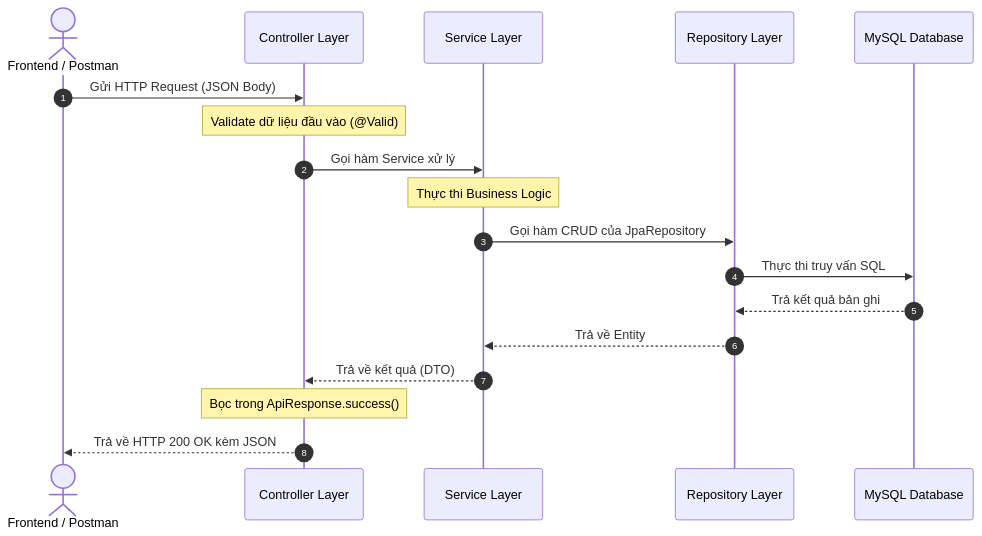
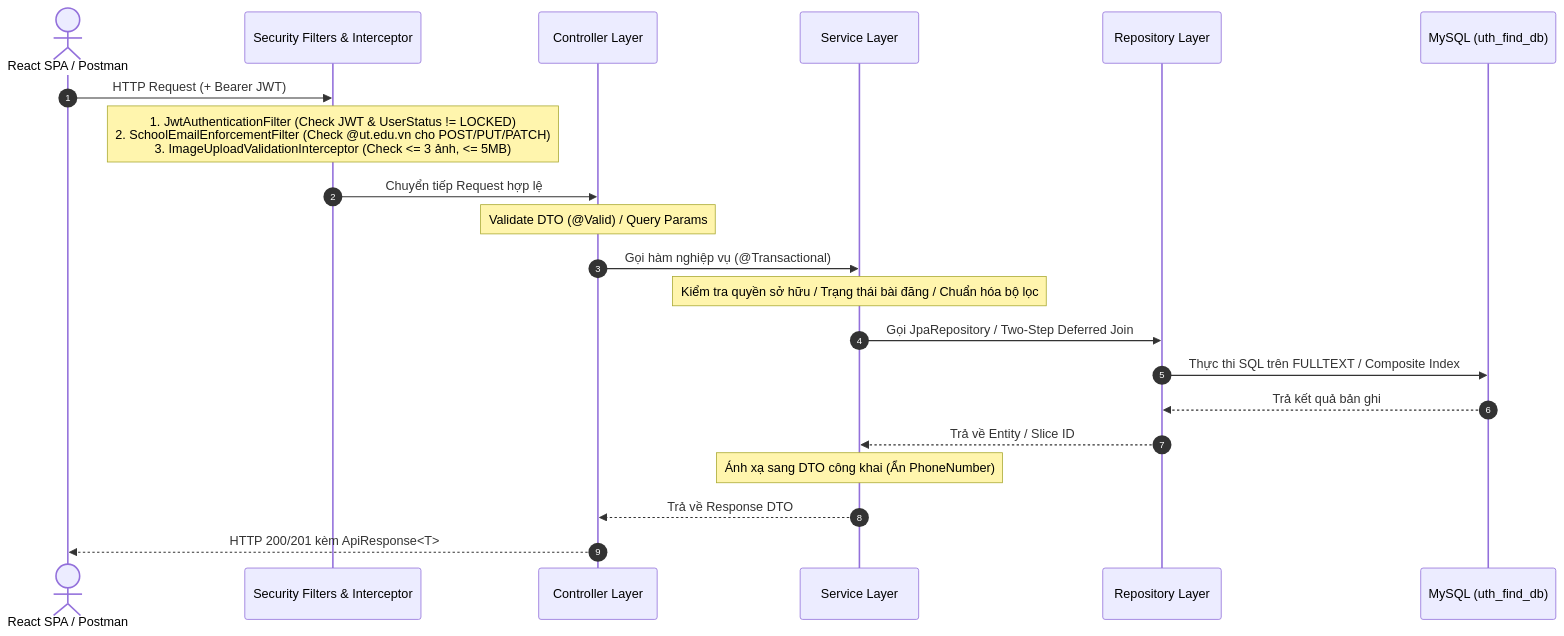
The diagram in README.md (Trung-Tuan/Capstone-Project-On-Software-Engineering-UTH), drawn with Mermaid before and after one commit. The commit also changed other lines of this file and 1 other file, not shown here.

````diff
--- a/README.md
+++ b/README.md
@@ -115,21 +198,24 @@
 ```mermaid
 sequenceDiagram
     autonumber
-    actor Client as Frontend / Postman
+    actor Client as React SPA / Postman
+    participant Sec as Security Filters & Interceptor
     participant C as Controller Layer
     participant S as Service Layer
     participant R as Repository Layer
-    participant DB as MySQL Database
+    participant DB as MySQL (uth_find_db)
 
-    Client->>C: Gửi HTTP Request (JSON Body)
-    Note over C: Validate dữ liệu đầu vào (@Valid)
-    C->>S: Gọi hàm Service xử lý
-    Note over S: Thực thi Business Logic
-    S->>R: Gọi hàm CRUD của JpaRepository
-    R->>DB: Thực thi truy vấn SQL
+    Client->>Sec: HTTP Request (+ Bearer JWT)
+    Note over Sec: 1. JwtAuthenticationFilter (Check JWT & UserStatus != LOCKED)<br/>2. SchoolEmailEnforcementFilter (Check @ut.edu.vn cho POST/PUT/PATCH)<br/>3. ImageUploadValidationInterceptor (Check <= 3 ảnh, <= 5MB)
+    Sec->>C: Chuyển tiếp Request hợp lệ
+    Note over C: Validate DTO (@Valid) / Query Params
+    C->>S: Gọi hàm nghiệp vụ (@Transactional)
+    Note over S: Kiểm tra quyền sở hữu / Trạng thái bài đăng / Chuẩn hóa bộ lọc
+    S->>R: Gọi JpaRepository / Two-Step Deferred Join
+    R->>DB: Thực thi SQL trên FULLTEXT / Composite Index
     DB-->>R: Trả kết quả bản ghi
-    R-->>S: Trả về Entity
-    S-->>C: Trả về kết quả (DTO)
-    Note over C: Bọc trong ApiResponse.success()
-    C-->>Client: Trả về HTTP 200 OK kèm JSON
+    R-->>S: Trả về Entity / Slice ID
+    Note over S: Ánh xạ sang DTO công khai (Ẩn PhoneNumber)
+    S-->>C: Trả về Response DTO
+    C-->>Client: HTTP 200/201 kèm ApiResponse<T>
 ```
````
